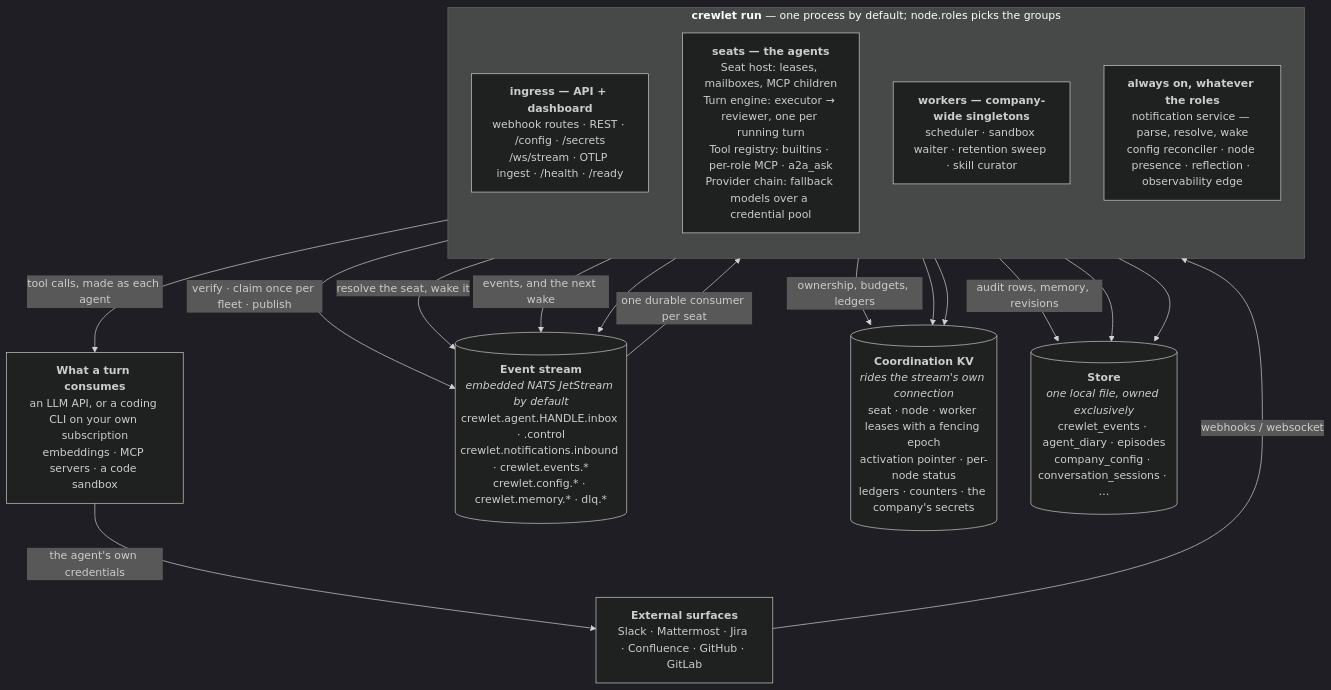
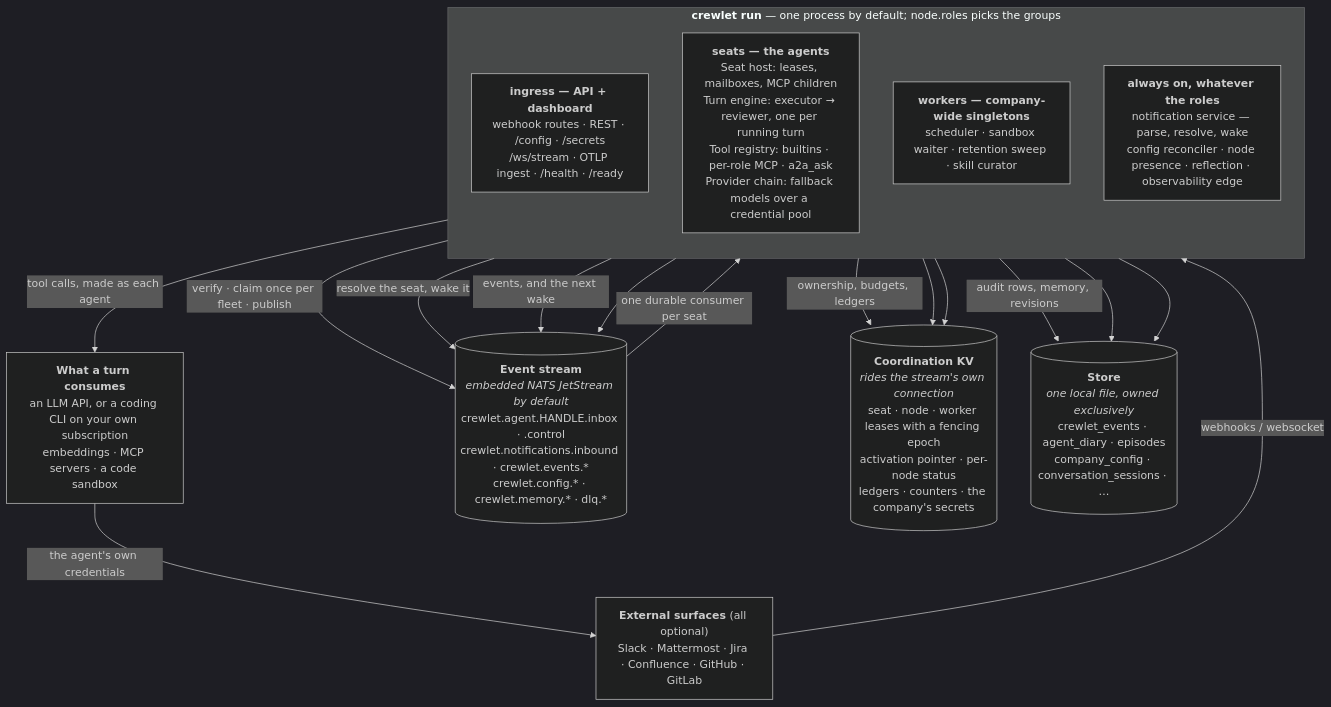
One commit to crewlet/crewlet changed the diagram in docs/concepts/overview.md. Above: the diagram before and after it, drawn with Mermaid (dark theme). The commit also changed other lines of this file and 23 other files, not shown here.

````diff
--- a/docs/concepts/overview.md
+++ b/docs/concepts/overview.md
@@ -56,32 +56,32 @@
 ```mermaid
 flowchart TB
-    EXT["<b>External surfaces</b><br/>Slack · Mattermost · Jira · Confluence · GitHub · GitLab"]
+    EXT["<b>External surfaces</b> (all optional)<br/>Slack · Mattermost · Jira · Confluence · GitHub · GitLab"]
     SUPPLY["<b>What a turn consumes</b><br/>an LLM API, or a coding CLI on your own subscription<br/>embeddings · MCP servers · a code sandbox"]
 
     subgraph proc["<b>crewlet run</b> — one process by default; node.roles picks the groups"]
         direction TB
         API["<b>ingress — API + dashboard</b><br/>webhook routes · REST · /config · /secrets<br/>/ws/stream · OTLP ingest · /health · /ready"]
         SEAT["<b>seats — the agents</b><br/>Seat host: leases, mailboxes, MCP children<br/>Turn engine: executor → reviewer, one per running turn<br/>Tool registry: builtins · per-role MCP · a2a_ask<br/>Provider chain: fallback models over a credential pool"]
         DUTY["<b>workers — company-wide singletons</b><br/>scheduler · sandbox waiter · retention sweep · skill curator"]
         CORE["<b>always on, whatever the roles</b><br/>notification service — parse, resolve, wake<br/>config reconciler · node presence · reflection · observability edge"]
     end
 
     STREAM[("<b>Event stream</b><br/><i>embedded NATS JetStream by default</i><br/>crewlet.agent.HANDLE.inbox · .control<br/>crewlet.notifications.inbound · crewlet.events.*<br/>crewlet.config.* · crewlet.memory.* · dlq.*")]
     KV[("<b>Coordination KV</b><br/><i>rides the stream's own connection</i><br/>seat · node · worker leases with a fencing epoch<br/>activation pointer · per-node status<br/>ledgers · counters · the company's secrets")]
     DB[("<b>Store</b><br/><i>one local file, owned exclusively</i><br/>crewlet_events · agent_diary · episodes<br/>company_config · conversation_sessions · …")]
 
     EXT -->|"webhooks / websocket"| API
     API -->|"verify · claim once per fleet · publish"| STREAM
     CORE -->|"resolve the seat, wake it"| STREAM
     STREAM -->|"one durable consumer per seat"| SEAT
     SEAT -->|"tool calls, made as each agent"| SUPPLY
     SUPPLY -->|"the agent's own credentials"| EXT
     SEAT -->|"events, and the next wake"| STREAM
     DUTY --> STREAM
     SEAT -->|"ownership, budgets, ledgers"| KV
     CORE --> KV
     DUTY --> KV
     SEAT -->|"audit rows, memory, revisions"| DB
     CORE --> DB
     API --> DB
 ```
````
